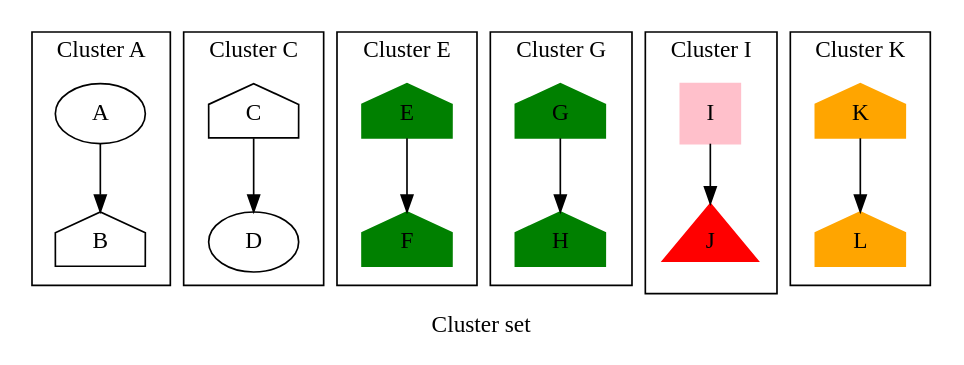
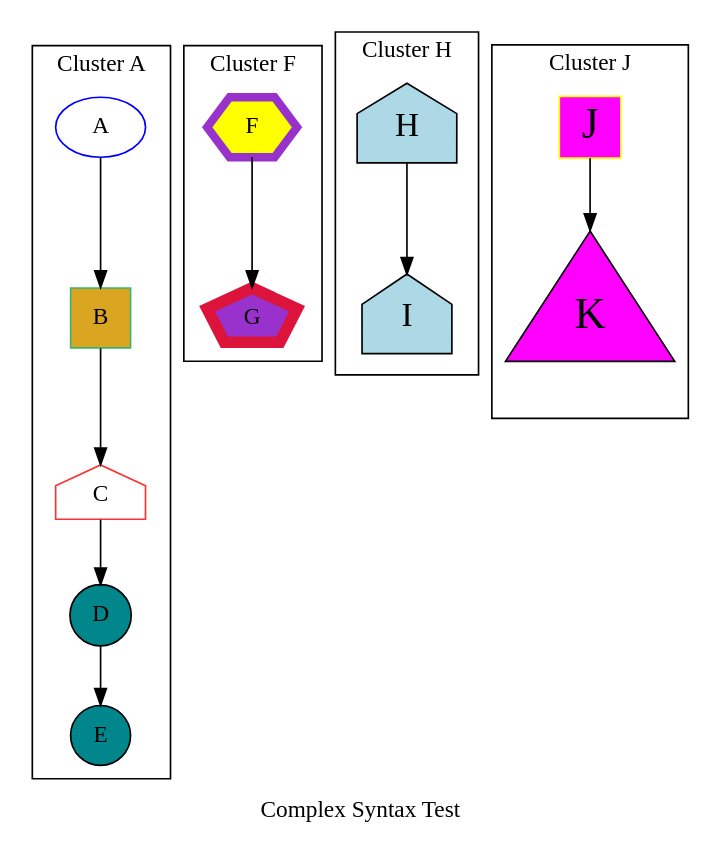
Before and after one commit to graphviz-perl/GraphViz2-Marpa-PathUtils: the diagram in data/13.clusters.out.gv, drawn with Graphviz. The commit also changed 7 other files, not shown here.

```diff
--- a/data/13.clusters.out.gv
+++ b/data/13.clusters.out.gv
@@ -1,58 +1,49 @@
-strict digraph syntax
+strict digraph graph_55
 {
-graph [ label="Cluster set" rankdir="TB" ]
+graph [ label="Complex Syntax Test" rankdir="TB" ]
 
 subgraph "cluster A"
 {
 graph [ label="Cluster A" rankdir="TB" ]
 
-"A" [ shape="oval" ]
-"B" [ shape="house" ]
+"A" [ color="blue" ]
+"B" [ color="mediumseagreen" fillcolor="goldenrod" shape="square" style="filled" ]
 "A" -> "B" [ label="" ]
+"B" [ color="mediumseagreen" fillcolor="goldenrod" shape="square" style="filled" ]
+"C" [ color="firebrick1" shape="house" ]
+"B" -> "C" [ label="" ]
+"C" [ color="firebrick1" shape="house" ]
+"D" [ fillcolor="turquoise4" shape="circle" style="filled" ]
+"C" -> "D" [ label="" ]
+"D" [ fillcolor="turquoise4" shape="circle" style="filled" ]
+"E" [ fillcolor="turquoise4" shape="circle" style="filled" ]
+"D" -> "E" [ label="" ]
 }
 
-subgraph "cluster C"
+subgraph "cluster F"
 {
-graph [ label="Cluster C" rankdir="TB" ]
+graph [ label="Cluster F" rankdir="TB" ]
 
-"C" [ shape="house" ]
-"D" [ shape="oval" ]
-"C" -> "D" [ label="" ]
+"F" [ color="darkorchid" fillcolor="yellow" penwidth="5" shape="hexagon" style="filled" ]
+"G" [ color="crimson" fillcolor="darkorchid" penwidth="7" shape="pentagon" style="filled" ]
+"F" -> "G" [ label="" ]
 }
 
-subgraph "cluster E"
+subgraph "cluster H"
 {
-graph [ label="Cluster E" rankdir="TB" ]
+graph [ label="Cluster H" rankdir="TB" ]
 
-"E" [ color="green" shape="house" style="filled" ]
-"F" [ color="green" shape="house" style="filled" ]
-"E" -> "F" [ label="" ]
+"H" [ fillcolor="lightblue" fontsize="20" shape="house" style="filled" ]
+"I" [ fillcolor="lightblue" fontsize="20" shape="house" style="filled" ]
+"H" -> "I" [ label="" ]
 }
 
-subgraph "cluster G"
+subgraph "cluster J"
 {
-graph [ label="Cluster G" rankdir="TB" ]
+graph [ label="Cluster J" rankdir="TB" ]
 
-"G" [ color="green" shape="house" style="filled" ]
-"H" [ color="green" shape="house" style="filled" ]
-"G" -> "H" [ label="" ]
-}
-
-subgraph "cluster I"
-{
-graph [ label="Cluster I" rankdir="TB" ]
-
-"I" [ color="pink" shape="square" style="filled" ]
-"J" [ color="red" shape="triangle" style="filled" ]
-"I" -> "J" [ label="" ]
-}
-
-subgraph "cluster K"
-{
-graph [ label="Cluster K" rankdir="TB" ]
-
-"K" [ color="orange" shape="house" style="filled" ]
-"L" [ color="orange" shape="house" style="filled" ]
-"K" -> "L" [ label="" ]
+"J" [ color="yellow" fillcolor="magenta" fontsize="26" shape="square" style="filled" ]
+"K" [ fillcolor="magenta" fontsize="26" shape="triangle" style="filled" ]
+"J" -> "K" [ label="" ]
 }
 }
```
